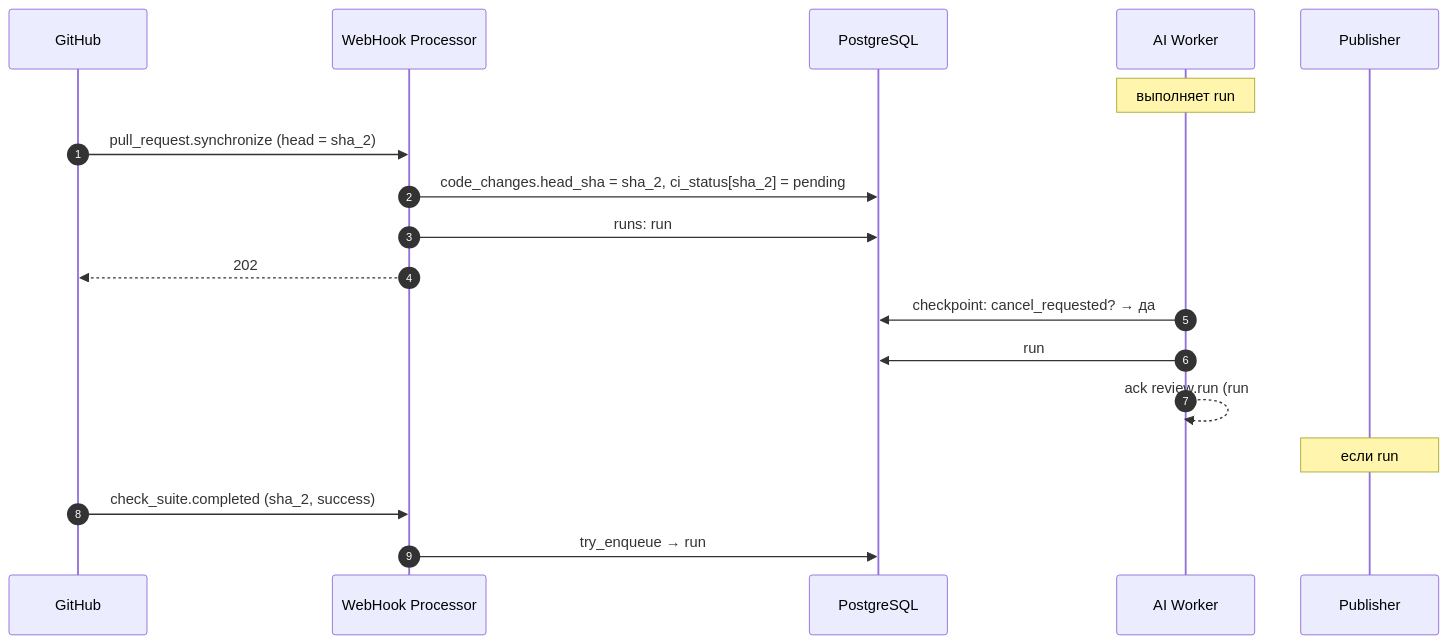
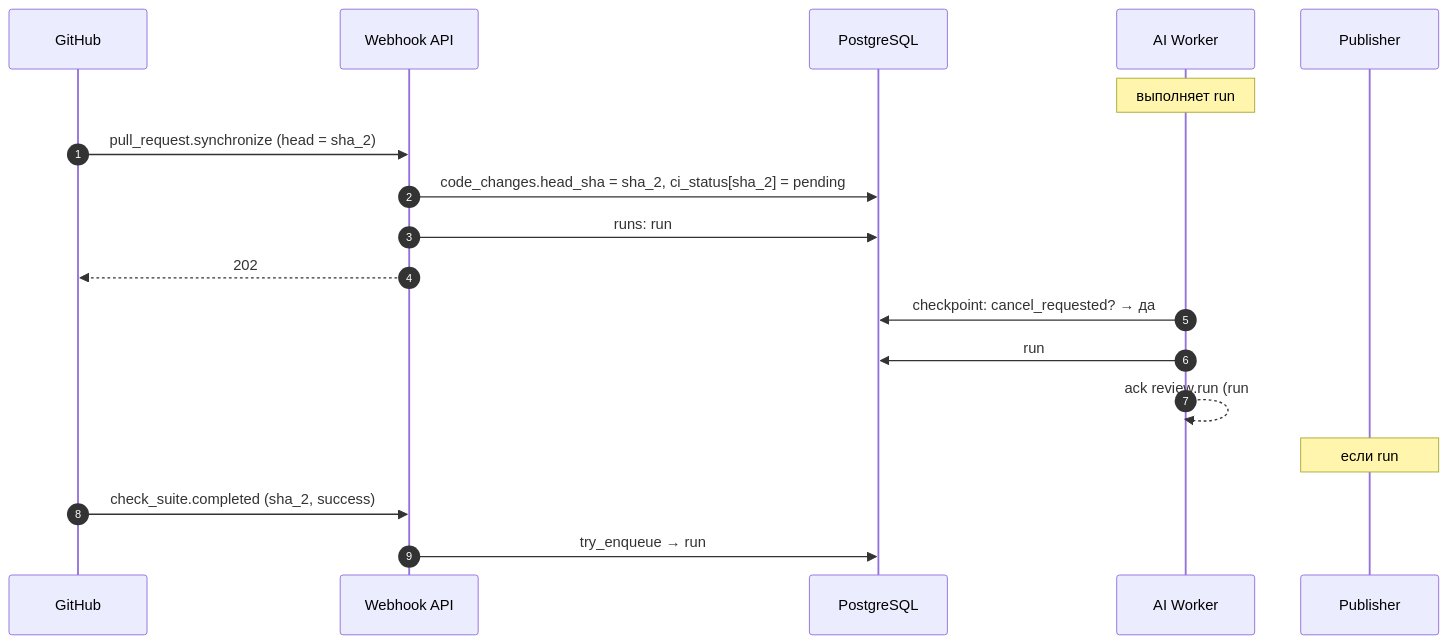
The sixth of 8 diagrams in docs/SYSTEM_DESIGN.md (larchanka-training/dmc-268-api-t6), drawn with Mermaid before and after one commit. The commit also changed other lines of this file and 1 other file, not shown here.

````diff
--- a/docs/SYSTEM_DESIGN.md
+++ b/docs/SYSTEM_DESIGN.md
@@ -257,21 +275,21 @@
 ```mermaid
 sequenceDiagram
   autonumber
   participant GH as GitHub
-  participant WH as WebHook Processor
+  participant WH as Webhook API
   participant PG as PostgreSQL
   participant W as AI Worker
   participant P as Publisher
 
   Note over W: выполняет run#1 (sha_1)
   GH->>WH: pull_request.synchronize (head = sha_2)
   WH->>PG: code_changes.head_sha = sha_2, ci_status[sha_2] = pending
   WH->>PG: runs: run#1.cancel_requested = true
   WH-->>GH: 202
   W->>PG: checkpoint: cancel_requested? → да
   W->>PG: run#1.state → cancelled
   W-->>W: ack review.run (run#1), без публикации
   Note over P: если run#1 уже в review.publish — Publisher сверяет sha_1 ≠ head_sha и не постит
   GH->>WH: check_suite.completed (sha_2, success)
   WH->>PG: try_enqueue → run#2 (sha_2)
 ```
````
